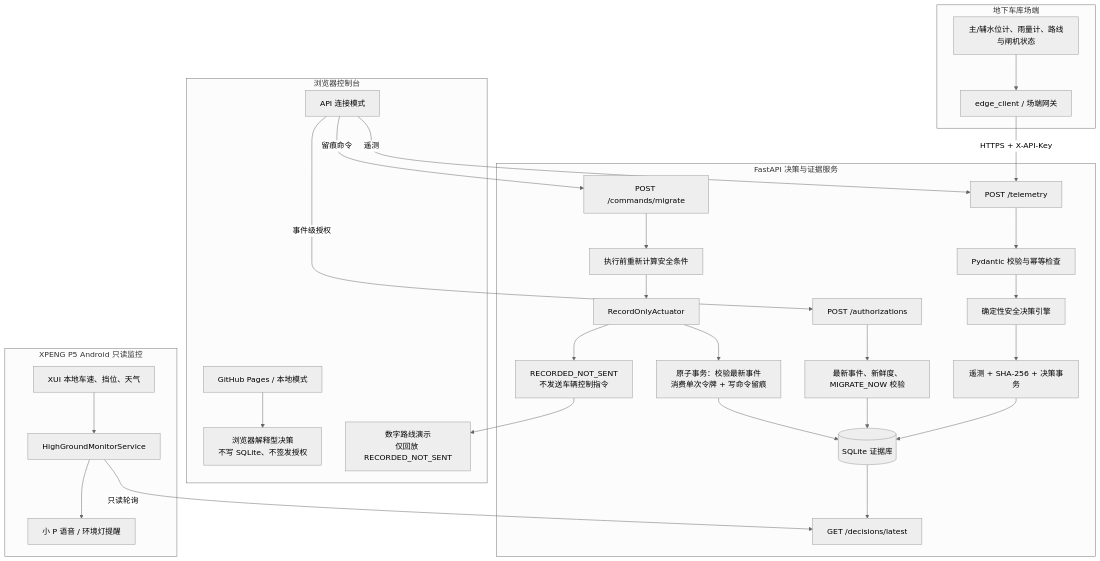
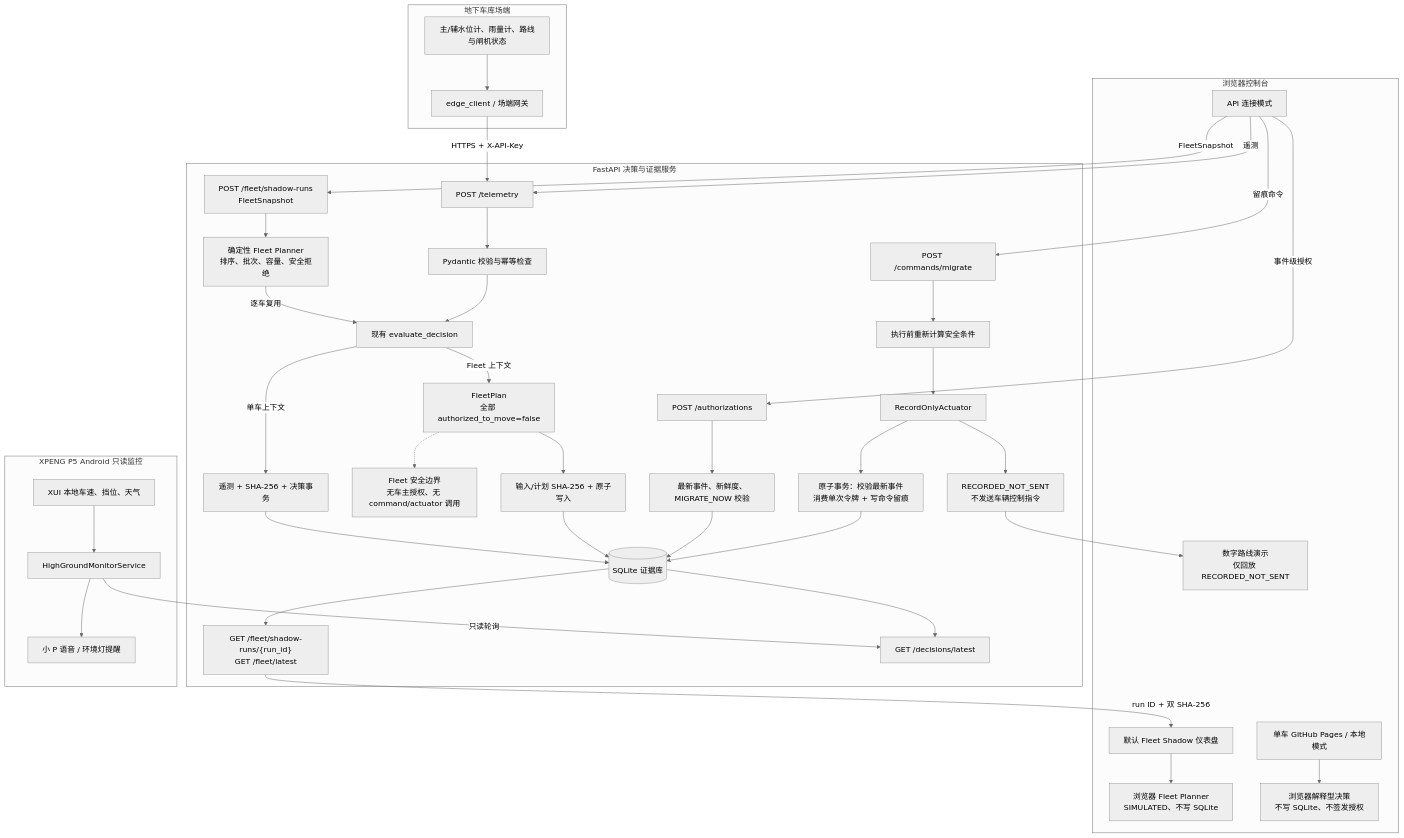
The diagram in README.md (zijin1337/xpeng-highground-ai), drawn with Mermaid (neutral theme) before and after one commit. The commit also changed other lines of this file and 8 other files, not shown here.

Commit message:
docs: publish fleet shadow evidence workflow

````diff
--- a/README.md
+++ b/README.md
@@ -38,41 +43,53 @@
 ```mermaid
 flowchart TB
     subgraph SITE["地下车库场端"]
         S["主/辅水位计、雨量计、路线与闸机状态"] --> GW["edge_client / 场端网关"]
     end
 
     subgraph WEB["浏览器控制台"]
-        LOCAL["GitHub Pages / 本地模式"] --> JS["浏览器解释型决策<br/>不写 SQLite、不签发授权"]
+        FLEETUI["默认 Fleet Shadow 仪表盘"] --> JSFLEET["浏览器 Fleet Planner<br/>SIMULATED、不写 SQLite"]
+        LOCAL["单车 GitHub Pages / 本地模式"] --> JS["浏览器解释型决策<br/>不写 SQLite、不签发授权"]
         APIUI["API 连接模式"]
         DIGITAL["数字路线演示<br/>仅回放 RECORDED_NOT_SENT"]
     end
 
     subgraph BACKEND["FastAPI 决策与证据服务"]
+        FAPI["POST /fleet/shadow-runs<br/>FleetSnapshot"] --> FPLANNER["确定性 Fleet Planner<br/>排序、批次、容量、安全拒绝"]
+        FPLANNER -->|"逐车复用"| ENGINE["现有 evaluate_decision"]
+        ENGINE -->|"Fleet 上下文"| FPLAN["FleetPlan<br/>全部 authorized_to_move=false"]
+        FPLAN --> FDBWRITE["输入/计划 SHA-256 + 原子写入"]
+        FLEETREAD["GET /fleet/shadow-runs/{run_id}<br/>GET /fleet/latest"]
+        FBOUNDARY["Fleet 安全边界<br/>无车主授权、无 command/actuator 调用"]
         TAPI["POST /telemetry"] --> VALIDATE["Pydantic 校验与幂等检查"]
-        VALIDATE --> ENGINE["确定性安全决策引擎"]
-        ENGINE --> EVIDENCE["遥测 + SHA-256 + 决策事务"]
+        VALIDATE --> ENGINE
+        ENGINE -->|"单车上下文"| EVIDENCE["遥测 + SHA-256 + 决策事务"]
         AUTH["POST /authorizations"] --> FRESH["最新事件、新鲜度、MIGRATE_NOW 校验"]
         CMD["POST /commands/migrate"] --> RECHECK["执行前重新计算安全条件"]
         RECHECK --> RO["RecordOnlyActuator"]
         RO --> ATOMIC["原子事务：校验最新事件<br/>消费单次令牌 + 写命令留痕"]
         RO --> NOSEND["RECORDED_NOT_SENT<br/>不发送车辆控制指令"]
         LATEST["GET /decisions/latest"]
         DB[("SQLite 证据库")]
         EVIDENCE --> DB
+        FDBWRITE --> DB
+        DB --> FLEETREAD
         FRESH --> DB
         ATOMIC --> DB
         DB --> LATEST
     end
 
     subgraph P5["XPENG P5 Android 只读监控"]
         APP["HighGroundMonitorService"] -->|"只读轮询"| LATEST
         XUISTATE["XUI 本地车速、挡位、天气"] --> APP
         APP --> REMIND["小 P 语音 / 环境灯提醒"]
     end
 
     GW -->|"HTTPS + X-API-Key"| TAPI
+    APIUI -->|"FleetSnapshot"| FAPI
+    FLEETREAD -->|"run ID + 双 SHA-256"| FLEETUI
+    FPLAN -.-> FBOUNDARY
     APIUI -->|"遥测"| TAPI
     APIUI -->|"事件级授权"| AUTH
     APIUI -->|"留痕命令"| CMD
     NOSEND --> DIGITAL
 ```
````
